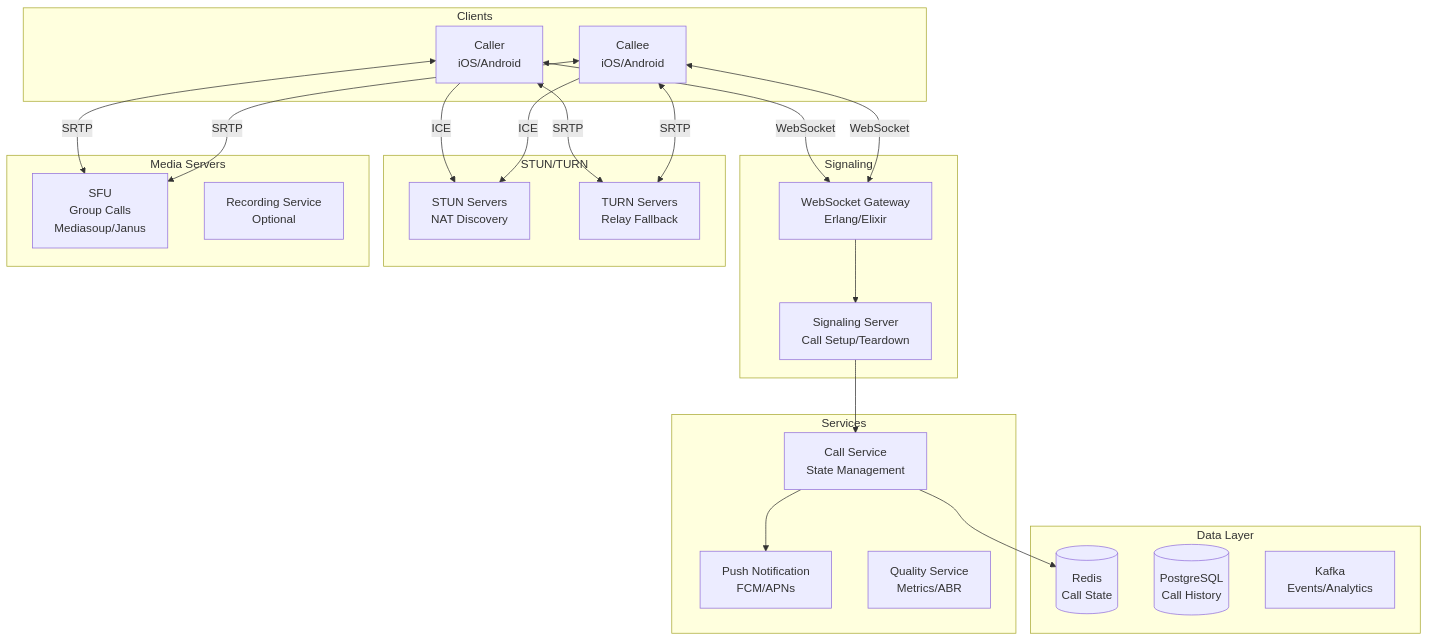
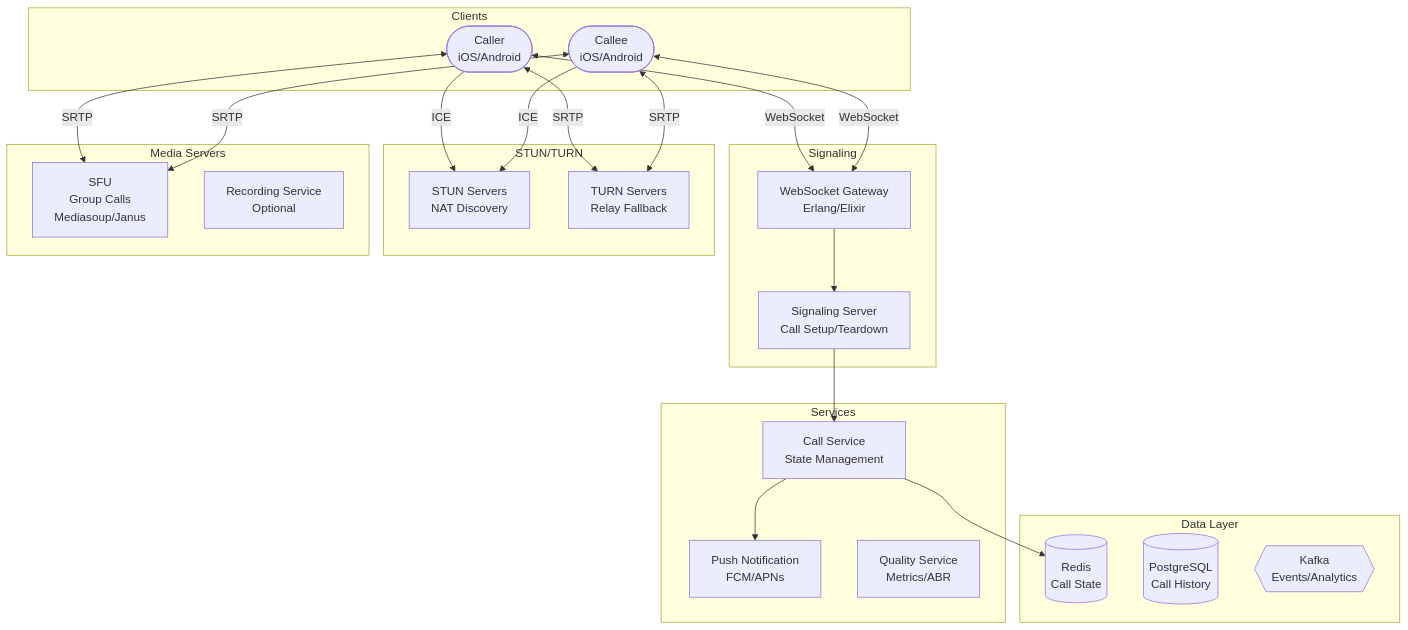
Before and after one commit to ShanmugaGanesh1999/Portfolio: the diagram in docs/prep/System Design/06-Case-Studies/22-whatsapp-calling.md, drawn with Mermaid. The commit also changed 40 other files, not shown here.

First line of the commit message:
Refactor diagram node rendering to use reusable shape components

````diff
--- a/docs/prep/System Design/06-Case-Studies/22-whatsapp-calling.md
+++ b/docs/prep/System Design/06-Case-Studies/22-whatsapp-calling.md
@@ -50,47 +50,47 @@
 ```mermaid
 graph TD
     subgraph Clients
-        C1[Caller<br/>iOS/Android]
-        C2[Callee<br/>iOS/Android]
+        C1([Caller<br/>iOS/Android])
+        C2([Callee<br/>iOS/Android])
     end
     
     subgraph Signaling
         WS[WebSocket Gateway<br/>Erlang/Elixir]
         SIG[Signaling Server<br/>Call Setup/Teardown]
     end
     
     subgraph STUN/TURN
         STUN[STUN Servers<br/>NAT Discovery]
         TURN[TURN Servers<br/>Relay Fallback]
     end
     
     subgraph Media Servers
         SFU[SFU<br/>Group Calls<br/>Mediasoup/Janus]
         RECORD[Recording Service<br/>Optional]
     end
     
     subgraph Services
         CALL[Call Service<br/>State Management]
         PUSH[Push Notification<br/>FCM/APNs]
         QUALITY[Quality Service<br/>Metrics/ABR]
     end
     
     subgraph Data Layer
         REDIS[(Redis<br/>Call State)]
         PG[(PostgreSQL<br/>Call History)]
-        KAFKA[Kafka<br/>Events/Analytics]
+        KAFKA{{Kafka<br/>Events/Analytics}}
     end
     
     C1 <-->|WebSocket| WS
     C2 <-->|WebSocket| WS
     WS --> SIG
     SIG --> CALL
     CALL --> REDIS
     CALL --> PUSH
     C1 -->|ICE| STUN
     C2 -->|ICE| STUN
     C1 <-->|SRTP| TURN
     C2 <-->|SRTP| TURN
     C1 <-->|SRTP| SFU
     C2 <-->|SRTP| SFU
 ```
````
